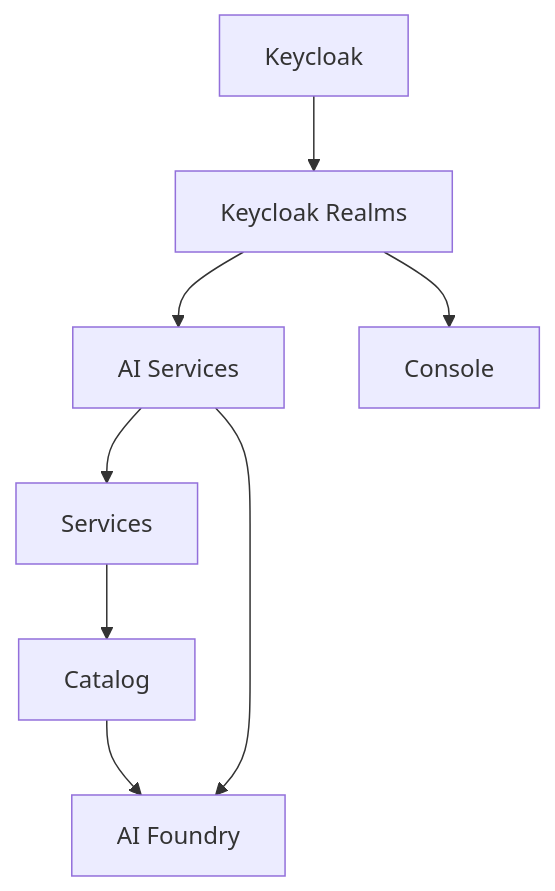
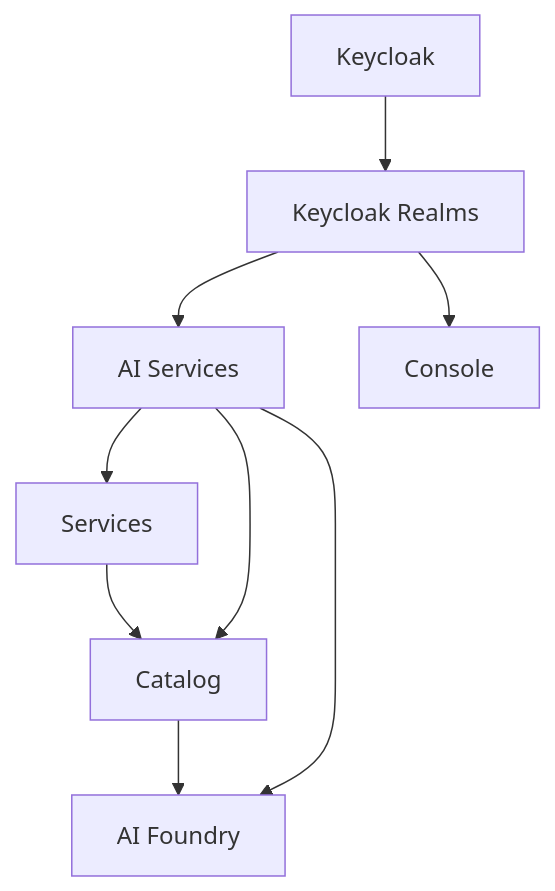
One commit to mia-platform/on-prem-charts changed the diagram in docs/10-overview.md. Above: the diagram before and after it, drawn with Mermaid. The commit also changed other lines of this file and 13 other files, not shown here.

````diff
--- a/docs/10-overview.md
+++ b/docs/10-overview.md
@@ -23,10 +23,11 @@
 ```mermaid
 flowchart TD
     A[Keycloak] --> B[Keycloak Realms]
     B --> G[AI Services]
     G --> C[Services]
     C --> D[Catalog]
+    G --> D
     D --> E[AI Foundry]
     G --> E
     B --> F[Console]
 ```
````
